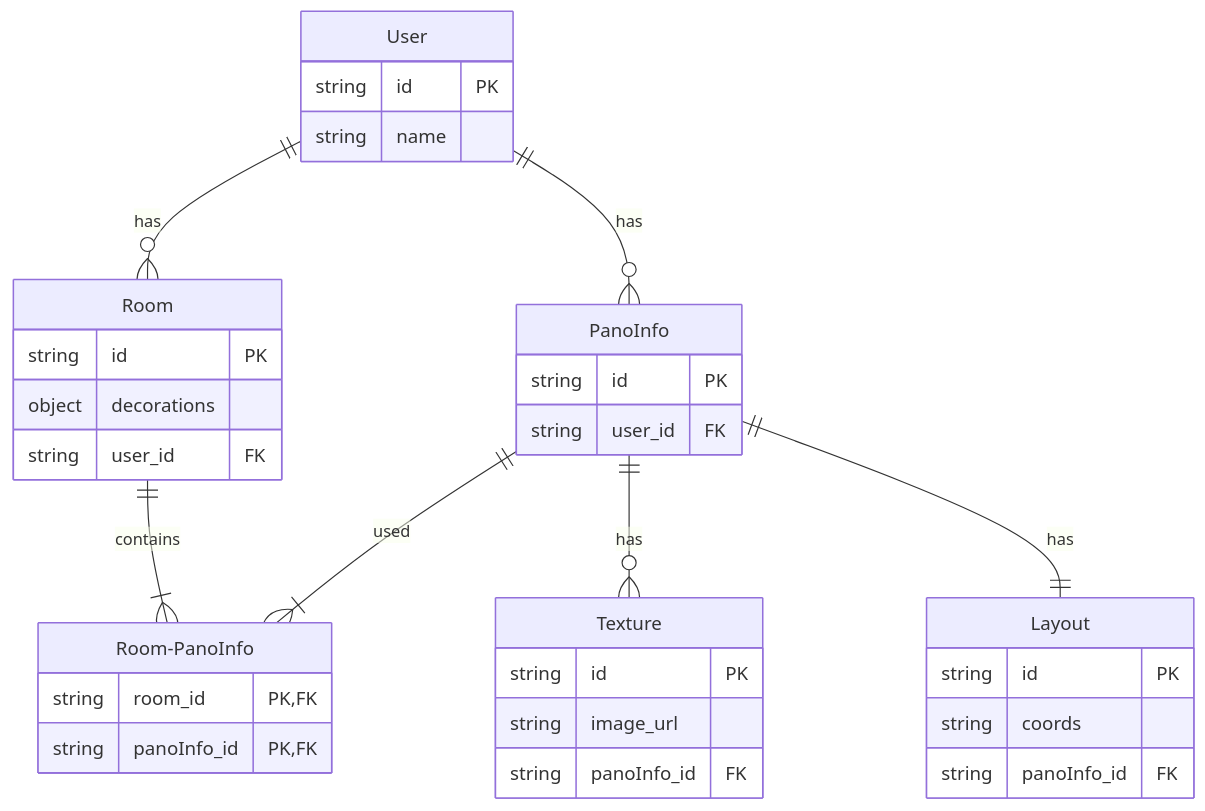
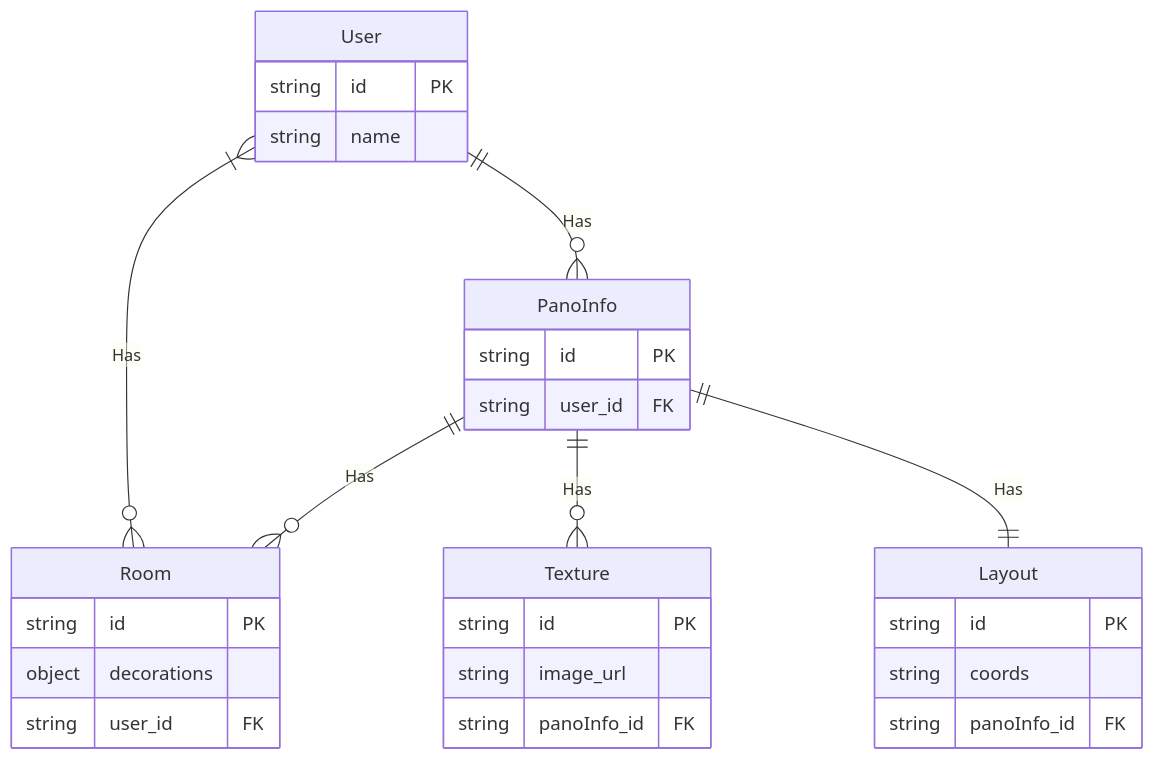
The diagram in README.md (yushiang-demo/pano-to-mesh-server), drawn with Mermaid before and after one commit. The commit also changed 7 other files, not shown here.

````diff
--- a/README.md
+++ b/README.md
@@ -5,39 +6,32 @@
 ```mermaid
 erDiagram
+    User {
+        string id PK
+        string name
+    }
     Room {
         string id PK
         object decorations
         string user_id FK
     }
     PanoInfo{
         string id PK
         string user_id FK
     }
     Texture {
         string id PK
         string image_url
         string panoInfo_id FK
     }
     Layout {
         string id PK
         string coords
         string panoInfo_id FK
     }
 
-    Room-PanoInfo {
-        string room_id PK, FK
-        string panoInfo_id PK, FK
-    }
-
-    User {
-        string id PK
-        string name
-    }
-    
-    PanoInfo ||--|{ Room-PanoInfo : used
-    Room ||--|{ Room-PanoInfo : contains
-    PanoInfo ||--o{ Texture: has
-    PanoInfo ||--|| Layout: has
-    User ||--o{ Room: has
-    User ||--o{ PanoInfo: has
+    User }|--o{ Room: "Has"
+    PanoInfo ||--o{ Room : "Has"
+    PanoInfo ||--o{ Texture: "Has"
+    PanoInfo ||--|| Layout: "Has"
+    User ||--o{ PanoInfo: "Has"
 ```
````
